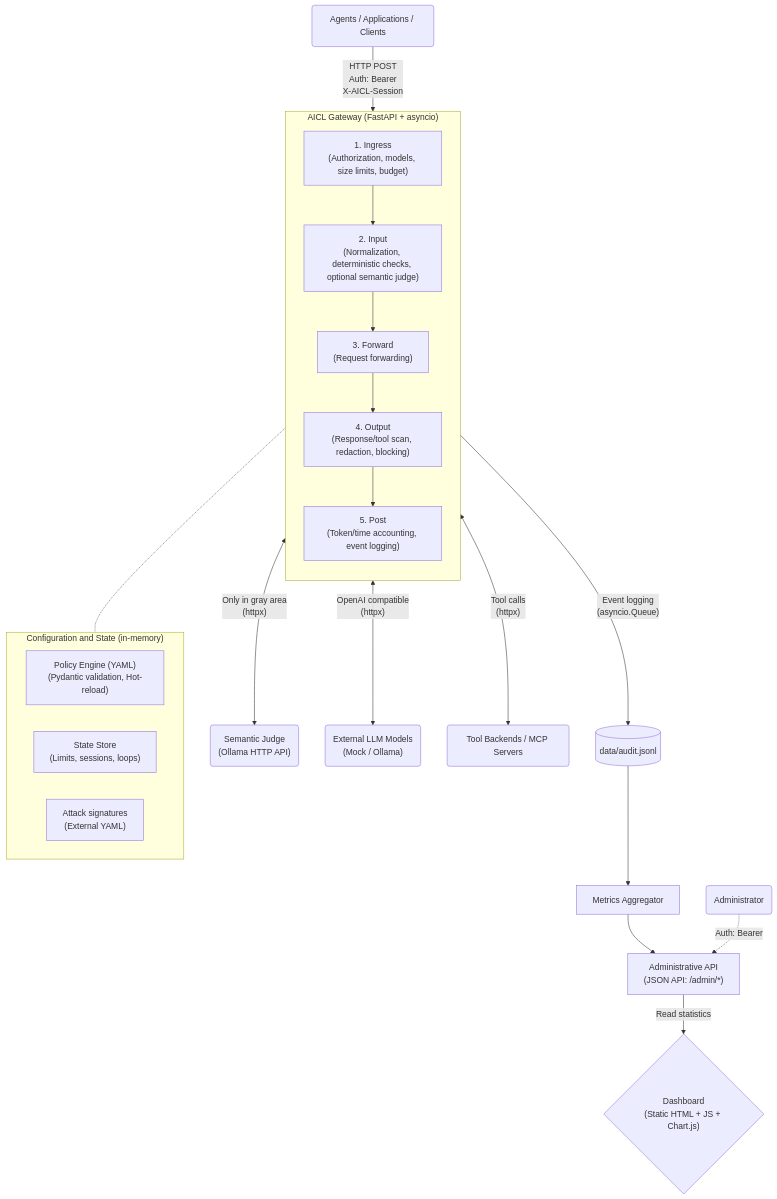
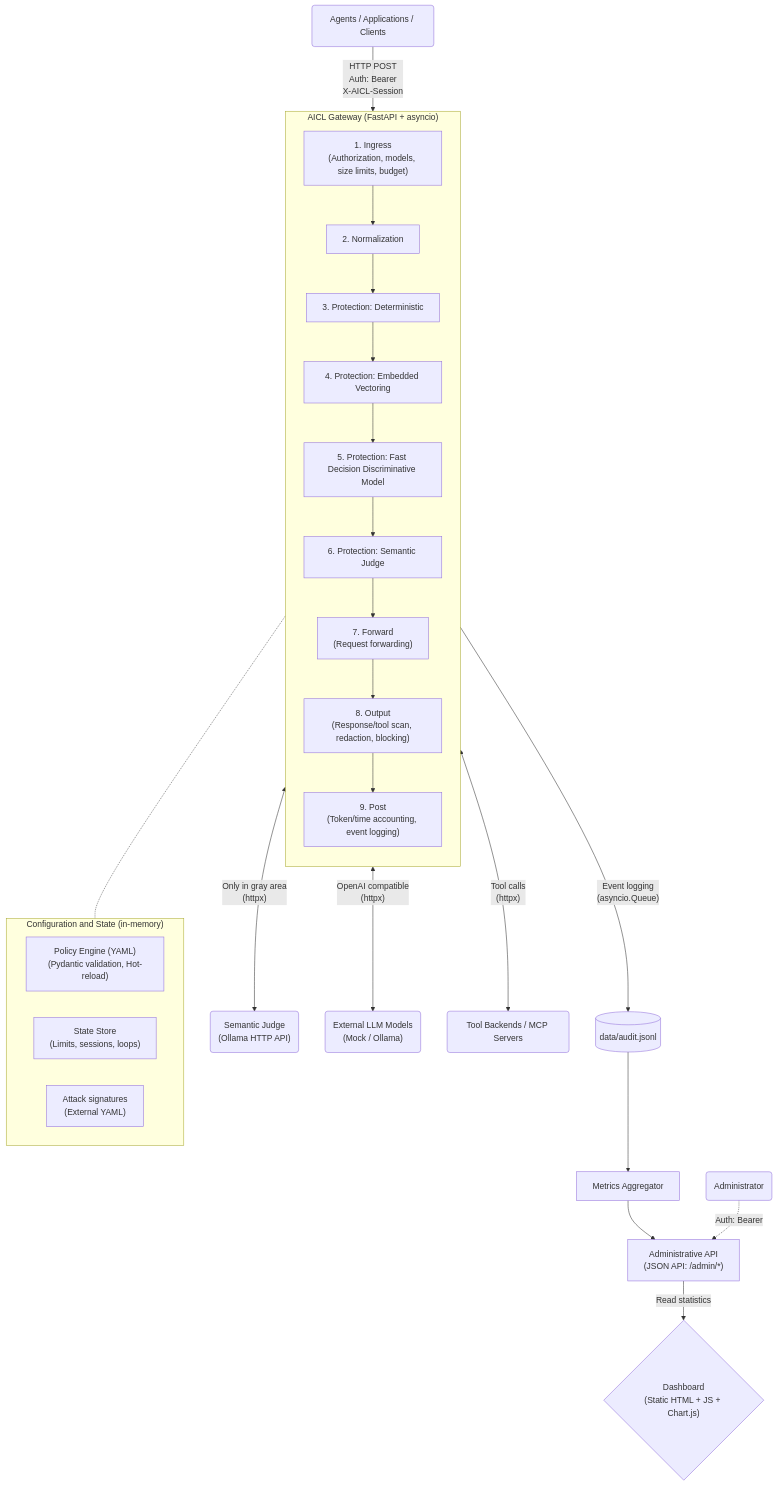
Before and after one commit to gawronmarcin/JMK-AI-Security-Layer: the diagram in README.md, drawn with Mermaid.

````diff
--- a/README.md
+++ b/README.md
@@ -35,42 +35,51 @@
 ```mermaid
 graph TD
    %% Clients
    Client("Agents / Applications / Clients") -->|HTTP POST\nAuth: Bearer\nX-AICL-Session| Gateway
 
    %% AICL Gateway
    subgraph Gateway ["AICL Gateway (FastAPI + asyncio)"]
       direction TB
       Ingress["1. Ingress\n(Authorization, models, size limits, budget)"]
-      Input["2. Input\n(Normalization, deterministic checks, optional semantic judge)"]
-      Forward["3. Forward\n(Request forwarding)"]
-      Output["4. Output\n(Response/tool scan, redaction, blocking)"]
-      Post["5. Post\n(Token/time accounting, event logging)"]
+      Norm["2. Normalization"]
+      Det["3. Protection: Deterministic"]
+      Emb["4. Protection: Embedded Vectoring"]
+      JEV["5. Protection: Fast Decision Discriminative Model"]
+      SemJudge["6. Protection: Semantic Judge"]
+      Forward["7. Forward\n(Request forwarding)"]
+      Output["8. Output\n(Response/tool scan, redaction, blocking)"]
+      Post["9. Post\n(Token/time accounting, event logging)"]
 
-      Ingress --> Input
-      Input --> Forward
+      Ingress --> Norm
+      Norm --> Det
+      Det --> Emb
+      Emb --> JEV
+      JEV --> SemJudge
+      SemJudge --> Forward
       Forward --> Output
       Output --> Post
    end
 
    %% External communication
-   Input <-->|"Only in gray area\n(httpx)"| SemanticJudge("Semantic Judge\n(Ollama HTTP API)")
+   SemJudge <-->|"Only in gray area\n(httpx)"| ExternalOllama("Semantic Judge\n(Ollama HTTP API)")
    Forward <-->|"OpenAI compatible\n(httpx)"| UpstreamLLMs("External LLM Models\n(Mock / Ollama)")
    Forward <-->|"Tool calls\n(httpx)"| Tools("Tool Backends / MCP Servers")
 
    %% Configuration and State
    subgraph Core ["Configuration and State (in-memory)"]
       PolicyEngine["Policy Engine (YAML)\n(Pydantic validation, Hot-reload)"]
       StateStore["State Store\n(Limits, sessions, loops)"]
       SignatureFeed["Attack signatures\n(External YAML)"]
    end
    Gateway -.- Core
 
    %% Audit and Observability
    Post -->|"Event logging\n(asyncio.Queue)"| AuditLog[("data/audit.jsonl")]
    AuditLog --> MetricsAggregator["Metrics Aggregator"]
    MetricsAggregator --> AdminAPI["Administrative API\n(JSON API: /admin/*)"]
    AdminAPI -->|"Read statistics"| Dashboard{"Dashboard\n(Static HTML + JS + Chart.js)"}
    
    %% Admin key
    AdminUser("Administrator") -.->|"Auth: Bearer <admin_key>"| AdminAPI
+
 ```
````
